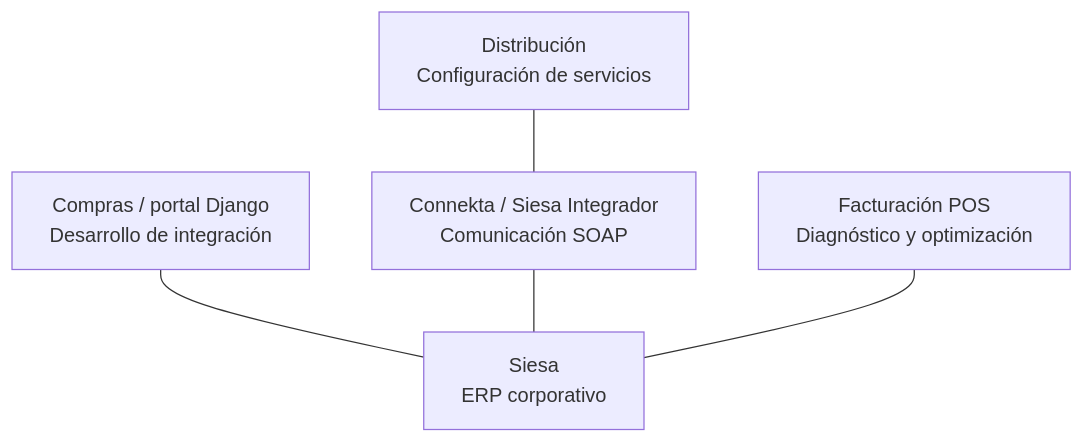
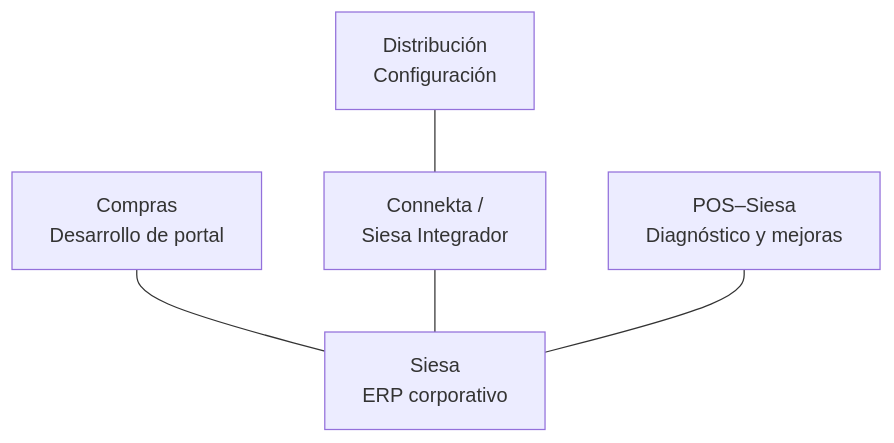
Before and after one commit to jotaprogramming/Portfolio: the diagram in case-study-siesa.md, drawn with Mermaid.

Commit message:
Simplificar etiquetas del diagrama Siesa

````diff
--- a/case-study-siesa.md
+++ b/case-study-siesa.md
@@ -25,7 +25,8 @@
 ```mermaid
-flowchart TD
-    A["Compras / portal Django<br/>Desarrollo de integración"] --- S["Siesa<br/>ERP corporativo"]
-    B["Distribución<br/>Configuración de servicios"] --- M["Connekta / Siesa Integrador<br/>Comunicación SOAP"]
+flowchart TB
+    S["Siesa<br/>ERP corporativo"]
+    A["Compras<br/>Desarrollo de portal"] --- S
+    B["Distribución<br/>Configuración"] --- M["Connekta /<br/>Siesa Integrador"]
     M --- S
-    C["Facturación POS<br/>Diagnóstico y optimización"] --- S
+    C["POS–Siesa<br/>Diagnóstico y mejoras"] --- S
 ```
````
